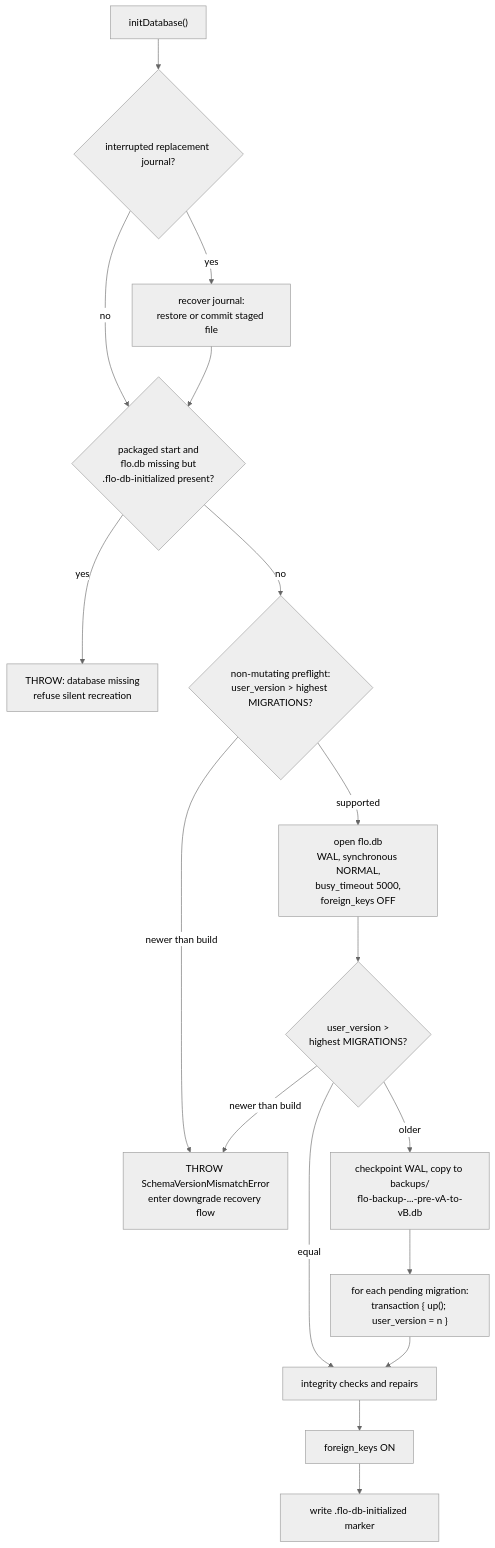
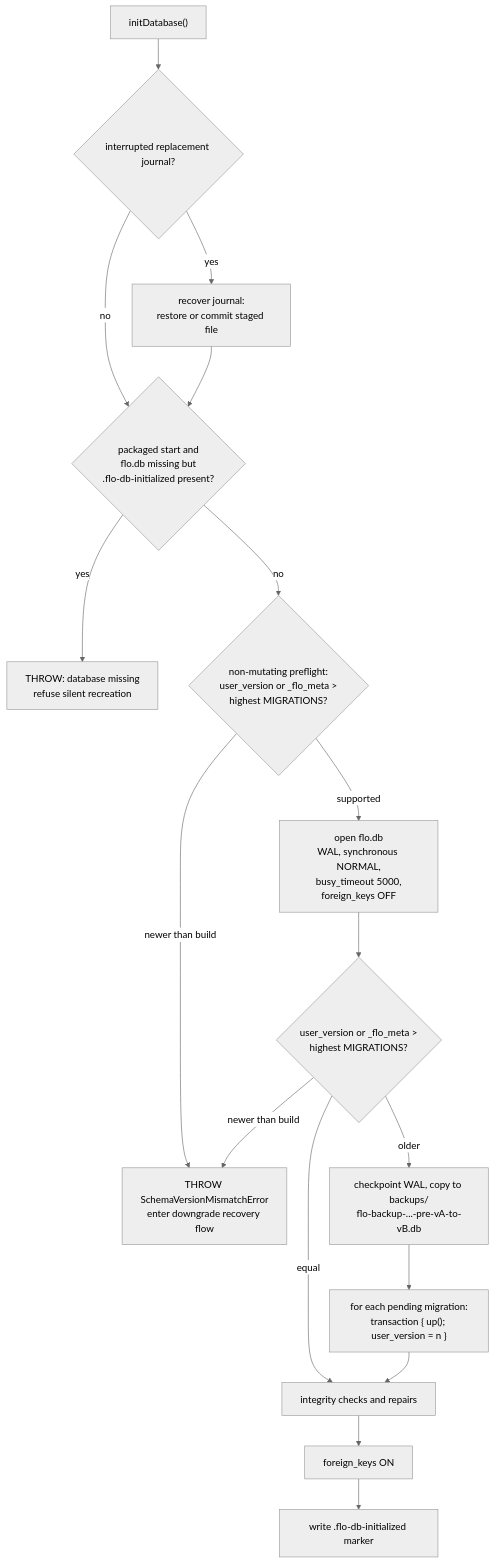
One commit to FreeOpenSourcePOS/FloCafe changed the diagram in docs/architecture/data-and-migrations.md. Above: the diagram before and after it, drawn with Mermaid (neutral theme). The commit also changed other lines of this file and 5 other files, not shown here.

````diff
--- a/docs/architecture/data-and-migrations.md
+++ b/docs/architecture/data-and-migrations.md
@@ -54,20 +54,20 @@
 ```mermaid
 flowchart TB
   A["initDatabase()"] --> B{"interrupted replacement journal?"}
   B -->|"yes"| C["recover journal:<br/>restore or commit staged file"]
   B -->|"no"| D
   C --> D
   D{"packaged start and<br/>flo.db missing but<br/>.flo-db-initialized present?"}
   D -->|"yes"| E["THROW: database missing<br/>refuse silent recreation"]
-  D -->|"no"| P{"non-mutating preflight:<br/>user_version > highest MIGRATIONS?"}
+  D -->|"no"| P{"non-mutating preflight:<br/>user_version or _flo_meta ><br/>highest MIGRATIONS?"}
   P -->|"newer than build"| H["THROW SchemaVersionMismatchError<br/>enter downgrade recovery flow"]
   P -->|"supported"| F["open flo.db<br/>WAL, synchronous NORMAL,<br/>busy_timeout 5000,<br/>foreign_keys OFF"]
-  F --> G{"user_version ><br/>highest MIGRATIONS?"}
+  F --> G{"user_version or _flo_meta ><br/>highest MIGRATIONS?"}
   G -->|"newer than build"| H
   G -->|"equal"| J["integrity checks and repairs"]
   G -->|"older"| I["checkpoint WAL, copy to backups/<br/>flo-backup-...-pre-vA-to-vB.db"]
   I --> K["for each pending migration:<br/>transaction { up(); user_version = n }"]
   K --> J
   J --> L["foreign_keys ON"]
   L --> M["write .flo-db-initialized marker"]
 ```
````
